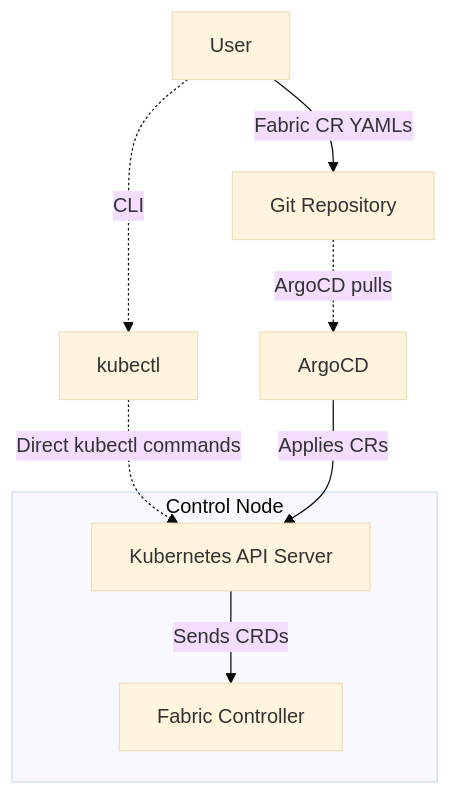
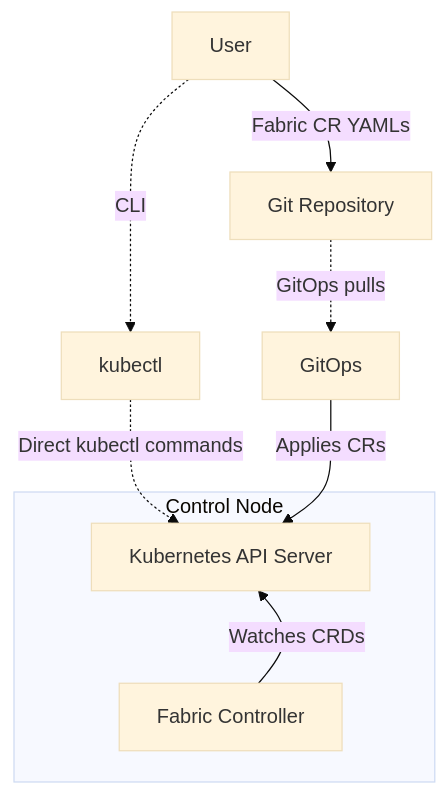
The second of 2 diagrams in docs/architecture/management.md (githedgehog/docs), drawn with Mermaid (base theme) before and after one commit. The commit also changed other lines of this file, not shown here.

Commit message:
chore: clarify workflows and diagrams

````diff
--- a/docs/architecture/management.md
+++ b/docs/architecture/management.md
@@ -94,23 +100,25 @@
 ```mermaid
 graph TD
 
-%% Define the nodes (GitOps includes Git & ArgoCD)
-User[User]
+%% Define the nodes
+User[User] 
 Kubectl[kubectl]
-    Git[Git Repository]
-ArgoCD[ArgoCD]
-
+Git[Git Repository]
+GitOps[GitOps]
 %% Control Node components
 subgraph ControlNode["Control Node"]
   K8S[Kubernetes API Server]
   FC[Fabric Controller]
 end
-
 %% Define the relationships
 User -->|Fabric CR YAMLs| Git
 Kubectl -.->|Direct kubectl commands| K8S
 User -.->|CLI| Kubectl
-Git -.->|ArgoCD pulls| ArgoCD
-ArgoCD -->|Applies CRs| K8S
-K8S -->|Sends CRDs| FC
+Git -.->|GitOps pulls| GitOps
+GitOps -->|Applies CRs| K8S
+%% Keep rel with empty text to keep layout
+K8S -->| | FC
+FC -->|Watches CRDs| K8S
+%% Style the original arrow invisible
+linkStyle 5 stroke:none,fill:none;
 ```
````
